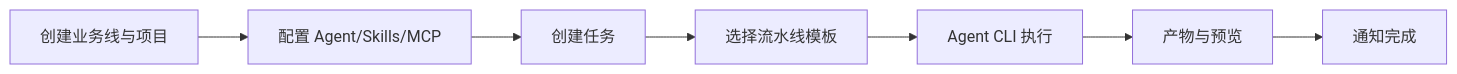
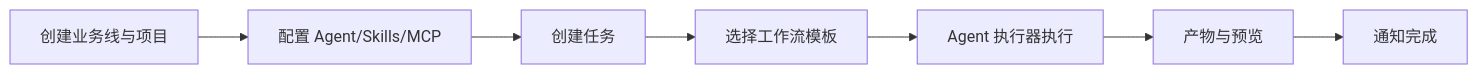
Before and after one commit to Whisper24X/personal: the first of 13 diagrams in docs/ainative-requirement-design.md, drawn with Mermaid. The commit also changed other lines of this file and 12 other files, not shown here.

````diff
--- a/docs/ainative-requirement-design.md
+++ b/docs/ainative-requirement-design.md
@@ -41,9 +55,9 @@
 ```mermaid
 flowchart LR
   A[创建业务线与项目] --> B[配置 Agent/Skills/MCP]
   B --> C[创建任务]
-  C --> D[选择流水线模板]
-  D --> E[Agent CLI 执行]
+  C --> D[选择工作流模板]
+  D --> E[Agent 执行器执行]
   E --> F[产物与预览]
   F --> G[通知完成]
 ```
````
